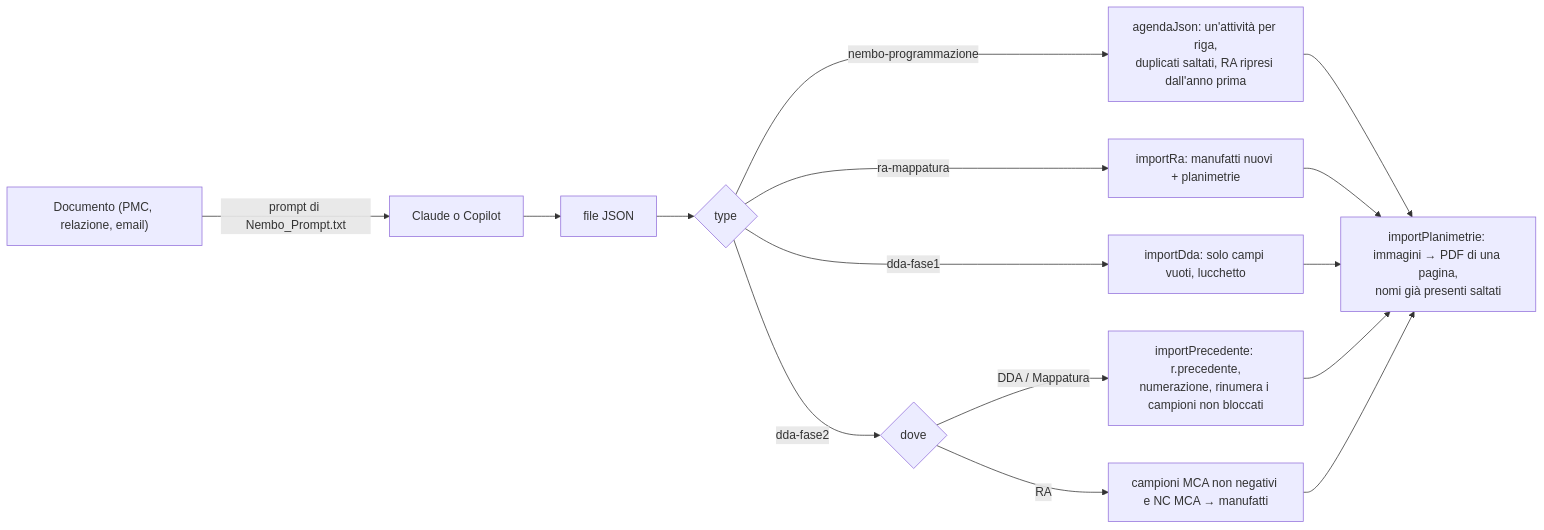
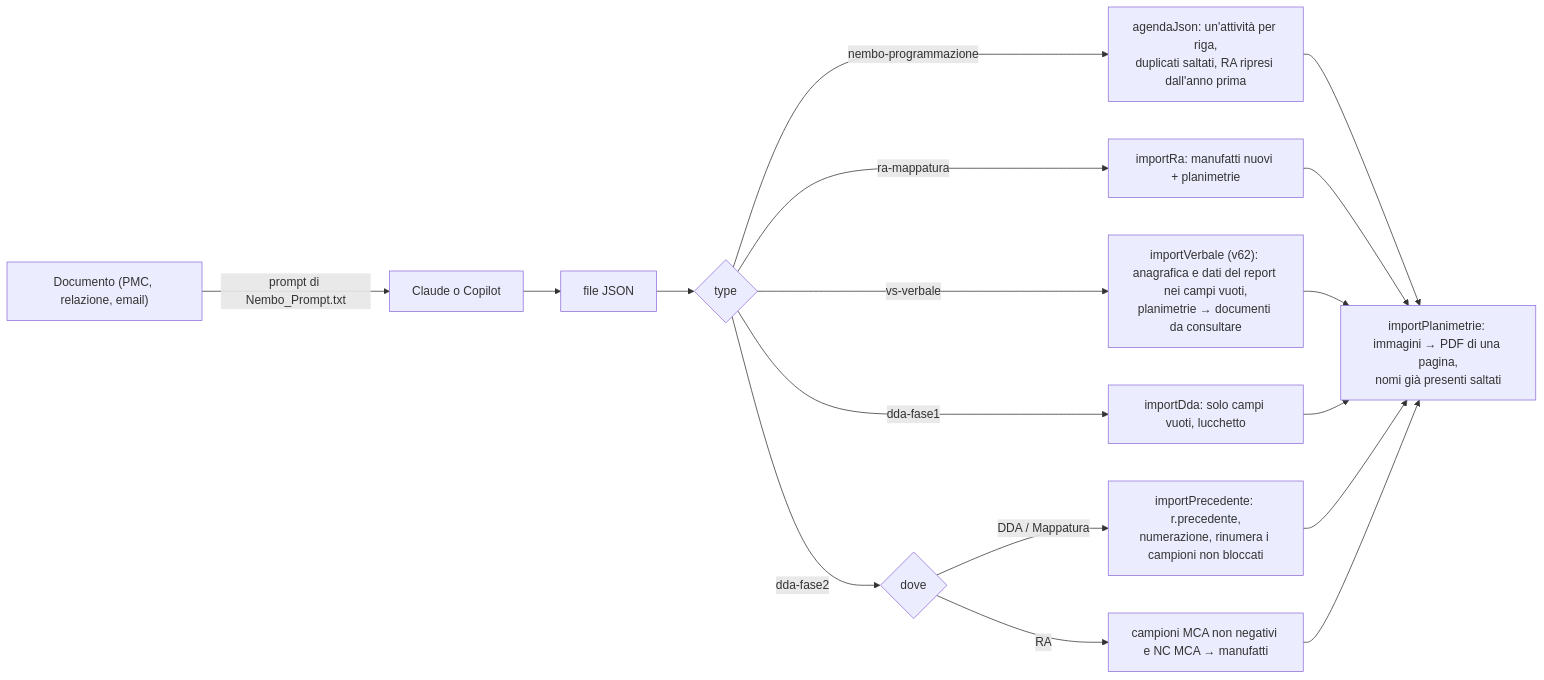
The sixth of 12 diagrams in docs/FLUSSI.md (Waro/AppAmbiente), drawn with Mermaid before and after one commit. The commit also changed 6 other files, not shown here.

First line of the commit message:
v62: Verbale HSE, import da file JSON e PDF da consultare

````diff
--- a/docs/FLUSSI.md
+++ b/docs/FLUSSI.md
@@ -118,12 +118,13 @@
 ```mermaid
 flowchart LR
   P["Documento (PMC, relazione, email)"] -->|prompt di Nembo_Prompt.txt| C[Claude o Copilot] --> J[file JSON]
   J --> T{type}
   T -- nembo-programmazione --> A["agendaJson: un'attività per riga,<br/>duplicati saltati, RA ripresi dall'anno prima"]
   T -- ra-mappatura --> R["importRa: manufatti nuovi + planimetrie"]
+  T -- vs-verbale --> V["importVerbale (v62): anagrafica e dati del report nei campi vuoti,<br/>planimetrie → documenti da consultare"]
   T -- dda-fase1 --> D1["importDda: solo campi vuoti, lucchetto"]
   T -- dda-fase2 --> D2{dove}
   D2 -- DDA / Mappatura --> P2["importPrecedente: r.precedente,<br/>numerazione, rinumera i campioni non bloccati"]
   D2 -- RA --> R2["campioni MCA non negativi e NC MCA → manufatti"]
-  A & R & D1 & P2 & R2 --> PL["importPlanimetrie: immagini → PDF di una pagina,<br/>nomi già presenti saltati"]
+  A & R & V & D1 & P2 & R2 --> PL["importPlanimetrie: immagini → PDF di una pagina,<br/>nomi già presenti saltati"]
 ```
````
